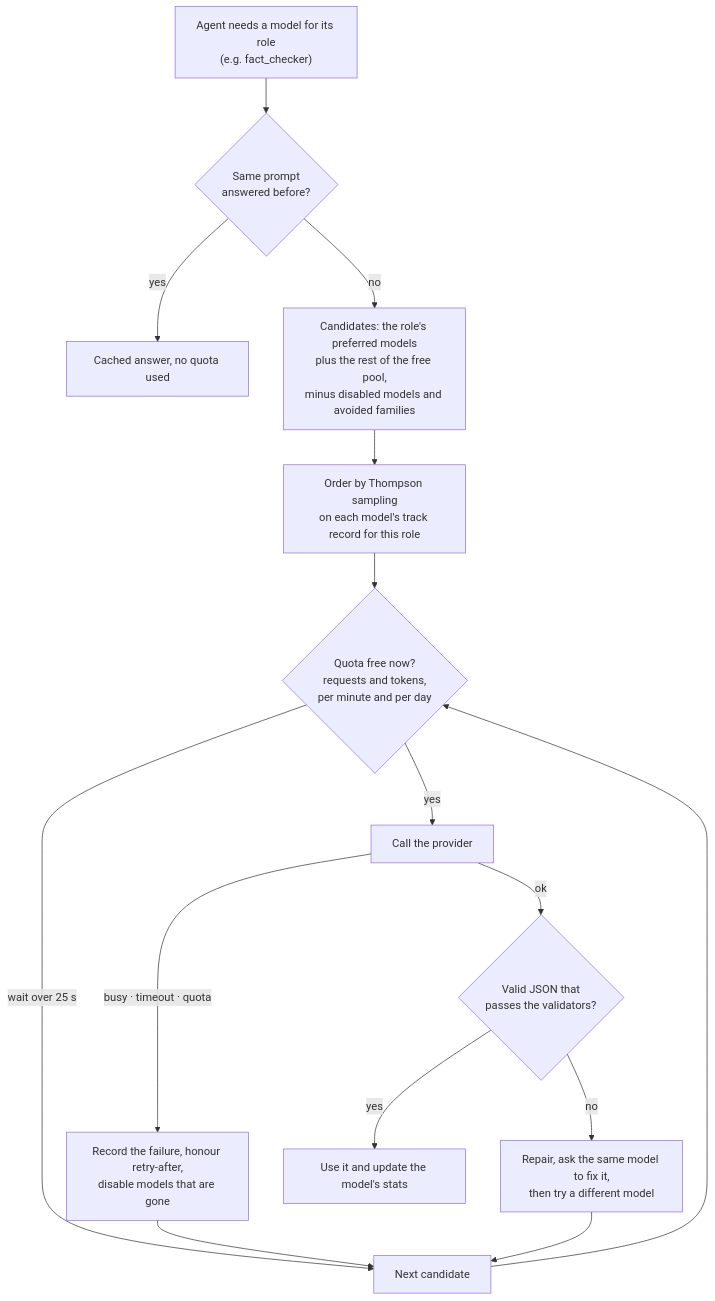
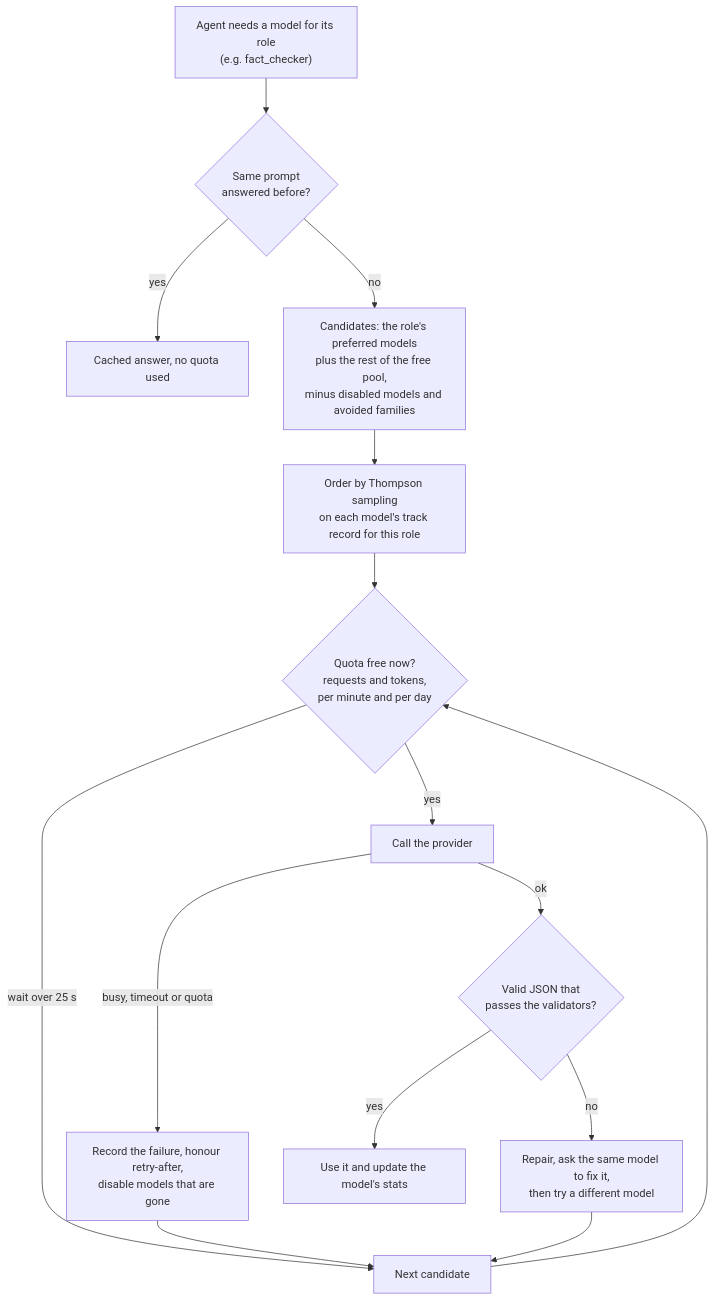
One commit to LakshayJ17/resurge changed the fourth of 9 diagrams in docs/HOW_IT_WORKS.md. Above: the diagram before and after it, drawn with Mermaid. The commit also changed other lines of this file and 65 other files, not shown here.

````diff
--- a/docs/HOW_IT_WORKS.md
+++ b/docs/HOW_IT_WORKS.md
@@ -134,15 +134,15 @@
 ```mermaid
 flowchart TD
   A["Agent needs a model for its role<br/>(e.g. fact_checker)"] --> C{"Same prompt<br/>answered before?"}
   C -- yes --> HIT["Cached answer, no quota used"]
   C -- no --> L["Candidates: the role's preferred models<br/>plus the rest of the free pool,<br/>minus disabled models and avoided families"]
   L --> T["Order by Thompson sampling<br/>on each model's track record for this role"]
   T --> Q{"Quota free now?<br/>requests and tokens,<br/>per minute and per day"}
   Q -- "wait over 25 s" --> NEXT["Next candidate"]
   Q -- yes --> CALL["Call the provider"]
-  CALL -- "busy · timeout · quota" --> LEARN["Record the failure, honour retry-after,<br/>disable models that are gone"] --> NEXT
+  CALL -- "busy, timeout or quota" --> LEARN["Record the failure, honour retry-after,<br/>disable models that are gone"] --> NEXT
   CALL -- ok --> P{"Valid JSON that<br/>passes the validators?"}
   P -- no --> FIX["Repair, ask the same model to fix it,<br/>then try a different model"] --> NEXT
   P -- yes --> R["Use it and update the model's stats"]
   NEXT --> Q
 ```
````
